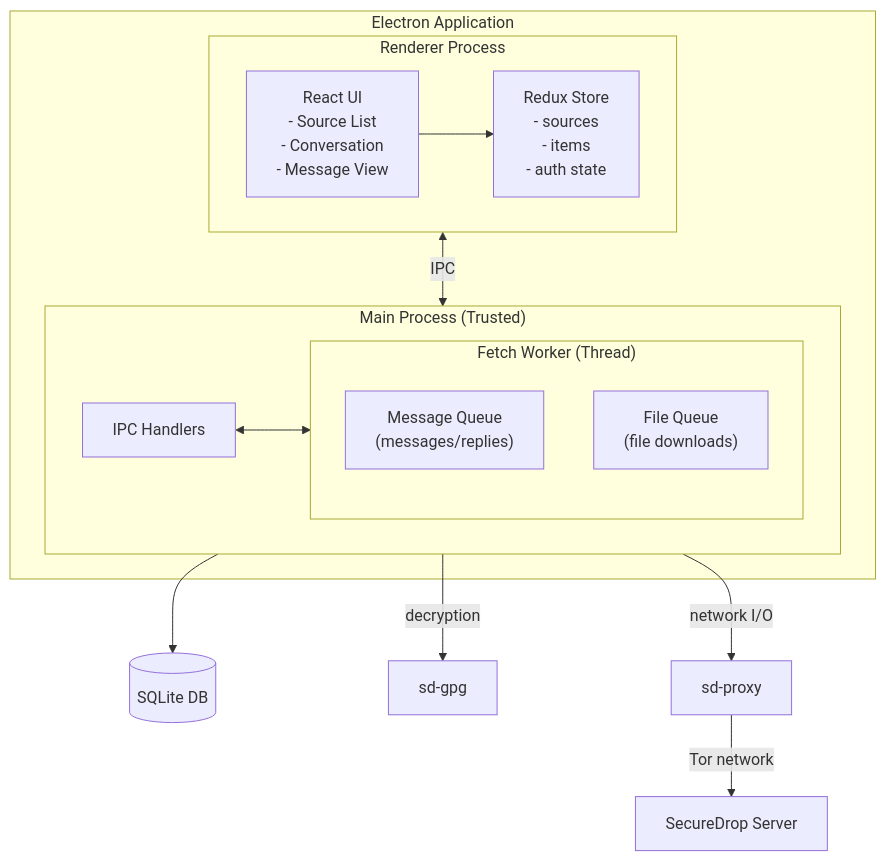
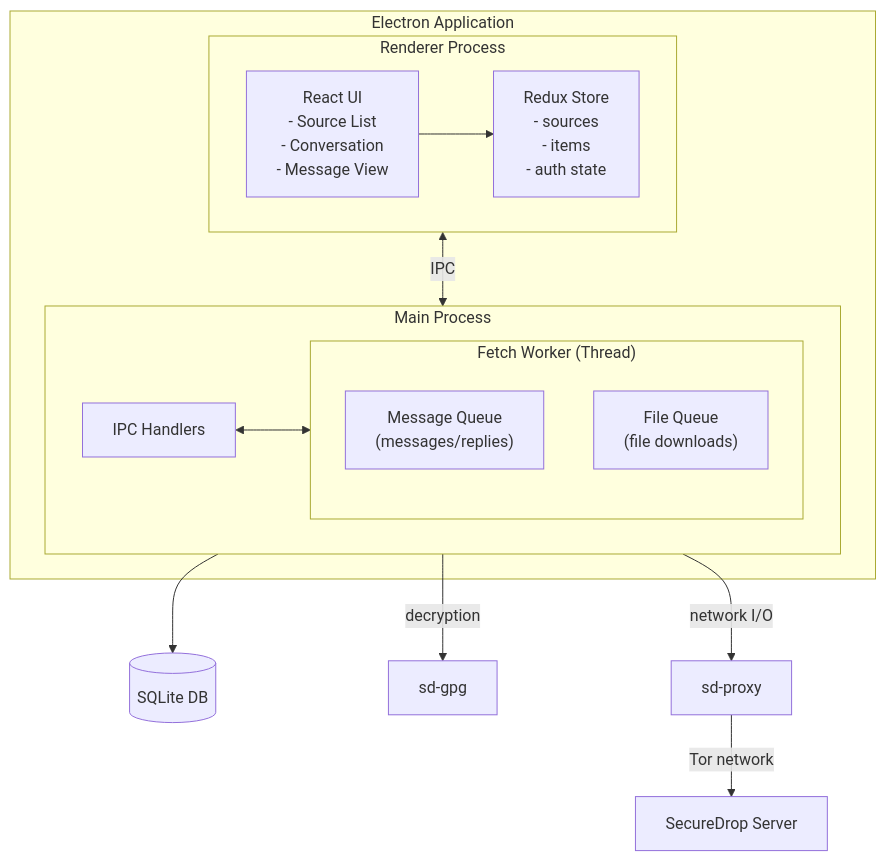
The first of 3 diagrams in app/architecture.md (freedomofpress/securedrop-client), drawn with Mermaid before and after one commit. The commit also changed other lines of this file, not shown here.

Commit message:
edits: default to prod behavior, remove trust references with render process

````diff
--- a/app/architecture.md
+++ b/app/architecture.md
@@ -19,33 +19,33 @@
 ```mermaid
 flowchart TB
     subgraph electron["Electron Application"]
         subgraph renderer["Renderer Process"]
             ui["React UI<br/>- Source List<br/>- Conversation<br/>- Message View"]
             redux["Redux Store<br/>- sources<br/>- items<br/>- auth state"]
             ui --> redux
         end
 
-        subgraph main["Main Process (Trusted)"]
+        subgraph main["Main Process"]
             ipc["IPC Handlers"]
 
             subgraph worker["Fetch Worker (Thread)"]
                 msgq["Message Queue<br/>(messages/replies)"]
                 fileq["File Queue<br/>(file downloads)"]
             end
             ipc <--> worker
         end
         renderer <-->|"IPC"| main
     end
 
     db[(SQLite DB)]
 
     gpg["sd-gpg"]
     proxy["sd-proxy"]
 
     server["SecureDrop Server"]
 
     main --> db
     main -->|decryption| gpg
     main -->|network I/O| proxy
     proxy -->|"Tor network"| server
 ```
````
